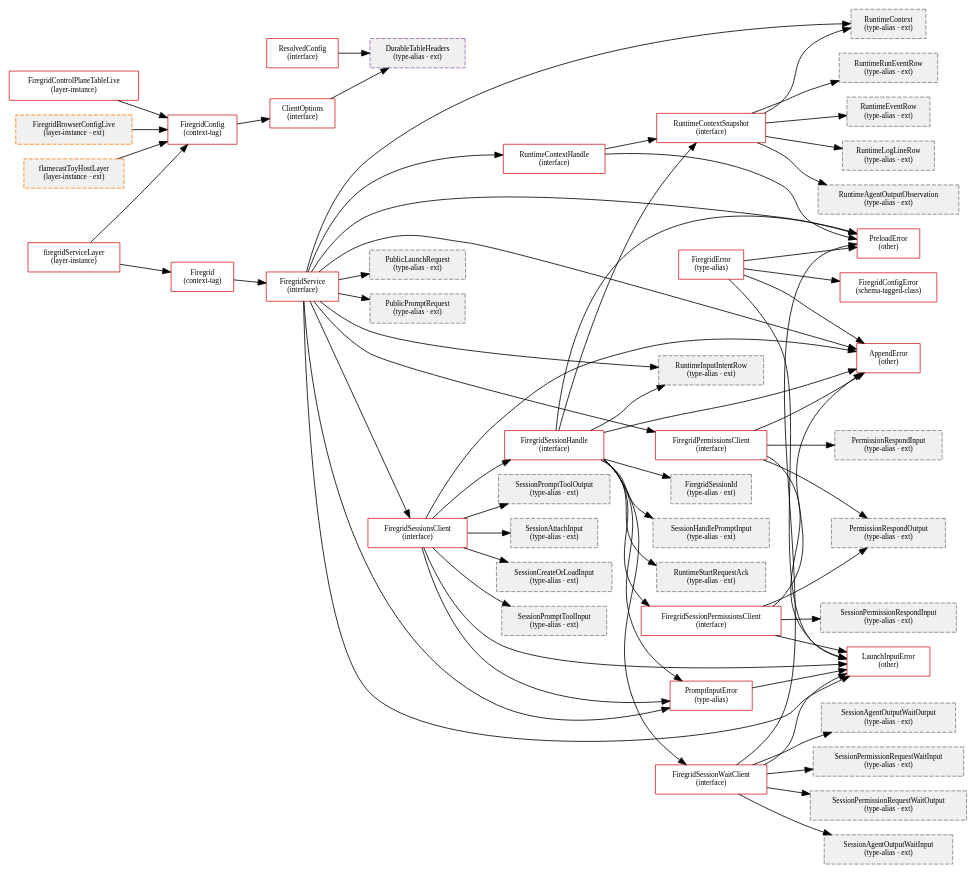
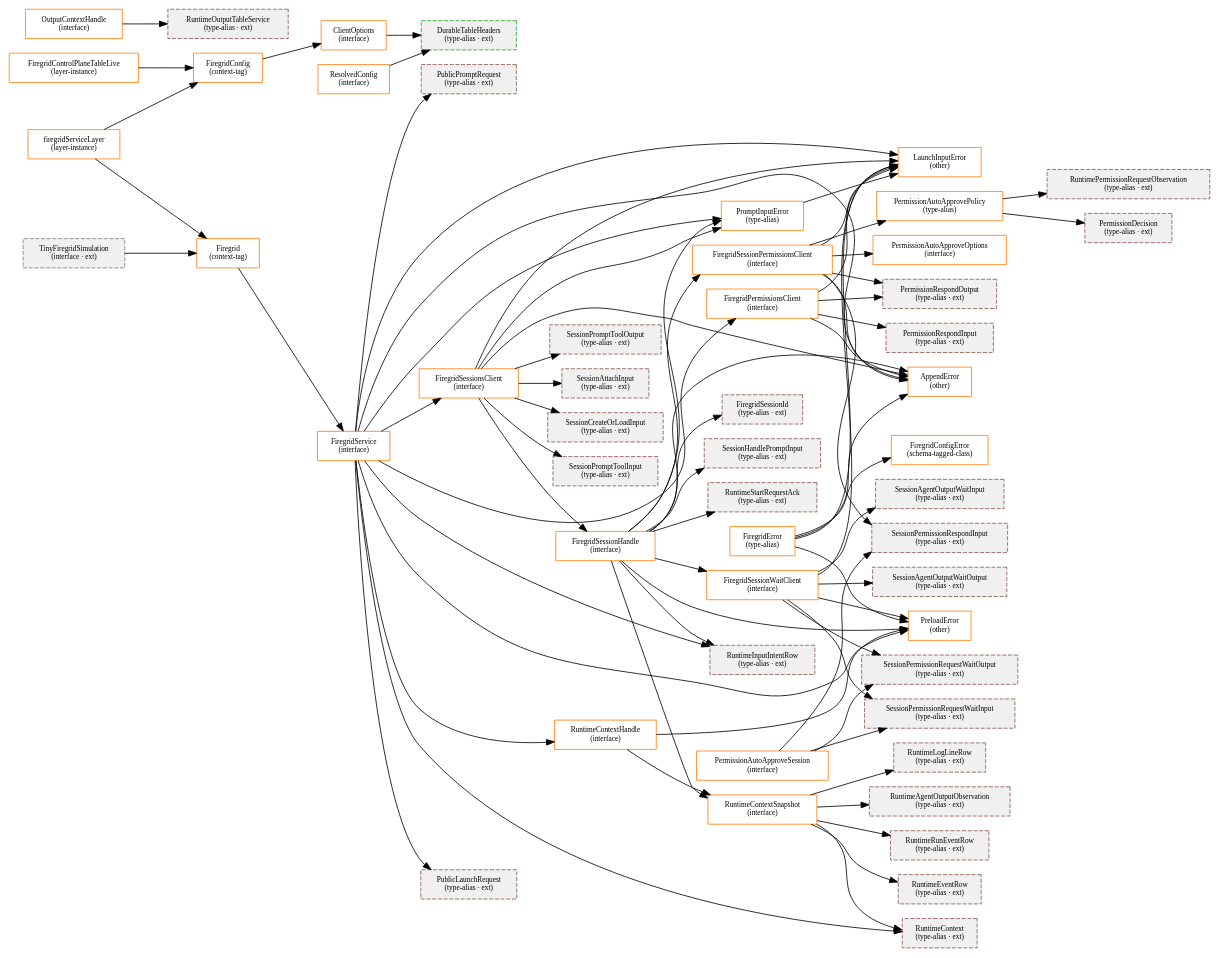
Before and after one commit to gurdasnijor/firegrid: the diagram in tooling/analysis/type-map/per-package/packages__client-sdk/types.dot, drawn with Graphviz. The commit also changed 121 other files, not shown here.

```diff
--- a/tooling/analysis/type-map/per-package/packages__client-sdk/types.dot
+++ b/tooling/analysis/type-map/per-package/packages__client-sdk/types.dot
@@ -1,50 +1,56 @@
 digraph pkg {
   rankdir=LR; node [shape=box,fontsize=9,style=filled];
-  "packages/client-sdk::ClientOptions" [fillcolor="#ffffff",style="filled",color="#d62728",label="ClientOptions\n(interface)"];
-  "packages/client-sdk::FiregridConfig" [fillcolor="#ffffff",style="filled",color="#d62728",label="FiregridConfig\n(context-tag)"];
-  "packages/client-sdk::PreloadError" [fillcolor="#ffffff",style="filled",color="#d62728",label="PreloadError\n(other)"];
-  "packages/client-sdk::AppendError" [fillcolor="#ffffff",style="filled",color="#d62728",label="AppendError\n(other)"];
-  "packages/client-sdk::LaunchInputError" [fillcolor="#ffffff",style="filled",color="#d62728",label="LaunchInputError\n(other)"];
-  "packages/client-sdk::FiregridConfigError" [fillcolor="#ffffff",style="filled",color="#d62728",label="FiregridConfigError\n(schema-tagged-class)"];
-  "packages/client-sdk::PromptInputError" [fillcolor="#ffffff",style="filled",color="#d62728",label="PromptInputError\n(type-alias)"];
-  "packages/client-sdk::FiregridError" [fillcolor="#ffffff",style="filled",color="#d62728",label="FiregridError\n(type-alias)"];
-  "packages/client-sdk::RuntimeContextSnapshot" [fillcolor="#ffffff",style="filled",color="#d62728",label="RuntimeContextSnapshot\n(interface)"];
-  "packages/client-sdk::RuntimeContextHandle" [fillcolor="#ffffff",style="filled",color="#d62728",label="RuntimeContextHandle\n(interface)"];
-  "packages/client-sdk::FiregridSessionWaitClient" [fillcolor="#ffffff",style="filled",color="#d62728",label="FiregridSessionWaitClient\n(interface)"];
-  "packages/client-sdk::FiregridSessionPermissionsClient" [fillcolor="#ffffff",style="filled",color="#d62728",label="FiregridSessionPermissionsClient\n(interface)"];
-  "packages/client-sdk::FiregridSessionHandle" [fillcolor="#ffffff",style="filled",color="#d62728",label="FiregridSessionHandle\n(interface)"];
-  "packages/client-sdk::FiregridSessionsClient" [fillcolor="#ffffff",style="filled",color="#d62728",label="FiregridSessionsClient\n(interface)"];
-  "packages/client-sdk::FiregridPermissionsClient" [fillcolor="#ffffff",style="filled",color="#d62728",label="FiregridPermissionsClient\n(interface)"];
-  "packages/client-sdk::FiregridService" [fillcolor="#ffffff",style="filled",color="#d62728",label="FiregridService\n(interface)"];
-  "packages/client-sdk::Firegrid" [fillcolor="#ffffff",style="filled",color="#d62728",label="Firegrid\n(context-tag)"];
-  "packages/client-sdk::ResolvedConfig" [fillcolor="#ffffff",style="filled",color="#d62728",label="ResolvedConfig\n(interface)"];
-  "packages/client-sdk::FiregridControlPlaneTableLive" [fillcolor="#ffffff",style="filled",color="#d62728",label="FiregridControlPlaneTableLive\n(layer-instance)"];
-  "packages/client-sdk::firegridServiceLayer" [fillcolor="#ffffff",style="filled",color="#d62728",label="firegridServiceLayer\n(layer-instance)"];
-  "packages/effect-durable-operators::DurableTableHeaders" [fillcolor="#f0f0f0",style="filled,dashed",color="#9467bd",label="DurableTableHeaders\n(type-alias · ext)"];
-  "packages/protocol::RuntimeContext" [fillcolor="#f0f0f0",style="filled,dashed",color="#7f7f7f",label="RuntimeContext\n(type-alias · ext)"];
-  "packages/protocol::RuntimeRunEventRow" [fillcolor="#f0f0f0",style="filled,dashed",color="#7f7f7f",label="RuntimeRunEventRow\n(type-alias · ext)"];
-  "packages/protocol::RuntimeEventRow" [fillcolor="#f0f0f0",style="filled,dashed",color="#7f7f7f",label="RuntimeEventRow\n(type-alias · ext)"];
-  "packages/protocol::RuntimeLogLineRow" [fillcolor="#f0f0f0",style="filled,dashed",color="#7f7f7f",label="RuntimeLogLineRow\n(type-alias · ext)"];
-  "packages/protocol::RuntimeAgentOutputObservation" [fillcolor="#f0f0f0",style="filled,dashed",color="#7f7f7f",label="RuntimeAgentOutputObservation\n(type-alias · ext)"];
-  "packages/protocol::SessionAgentOutputWaitInput" [fillcolor="#f0f0f0",style="filled,dashed",color="#7f7f7f",label="SessionAgentOutputWaitInput\n(type-alias · ext)"];
-  "packages/protocol::SessionAgentOutputWaitOutput" [fillcolor="#f0f0f0",style="filled,dashed",color="#7f7f7f",label="SessionAgentOutputWaitOutput\n(type-alias · ext)"];
-  "packages/protocol::SessionPermissionRequestWaitInput" [fillcolor="#f0f0f0",style="filled,dashed",color="#7f7f7f",label="SessionPermissionRequestWaitInput\n(type-alias · ext)"];
-  "packages/protocol::SessionPermissionRequestWaitOutput" [fillcolor="#f0f0f0",style="filled,dashed",color="#7f7f7f",label="SessionPermissionRequestWaitOutput\n(type-alias · ext)"];
-  "packages/protocol::SessionPermissionRespondInput" [fillcolor="#f0f0f0",style="filled,dashed",color="#7f7f7f",label="SessionPermissionRespondInput\n(type-alias · ext)"];
-  "packages/protocol::PermissionRespondOutput" [fillcolor="#f0f0f0",style="filled,dashed",color="#7f7f7f",label="PermissionRespondOutput\n(type-alias · ext)"];
-  "packages/protocol::FiregridSessionId" [fillcolor="#f0f0f0",style="filled,dashed",color="#7f7f7f",label="FiregridSessionId\n(type-alias · ext)"];
-  "packages/protocol::SessionHandlePromptInput" [fillcolor="#f0f0f0",style="filled,dashed",color="#7f7f7f",label="SessionHandlePromptInput\n(type-alias · ext)"];
-  "packages/protocol::RuntimeInputIntentRow" [fillcolor="#f0f0f0",style="filled,dashed",color="#7f7f7f",label="RuntimeInputIntentRow\n(type-alias · ext)"];
-  "packages/protocol::RuntimeStartRequestAck" [fillcolor="#f0f0f0",style="filled,dashed",color="#7f7f7f",label="RuntimeStartRequestAck\n(type-alias · ext)"];
-  "packages/protocol::SessionAttachInput" [fillcolor="#f0f0f0",style="filled,dashed",color="#7f7f7f",label="SessionAttachInput\n(type-alias · ext)"];
-  "packages/protocol::SessionCreateOrLoadInput" [fillcolor="#f0f0f0",style="filled,dashed",color="#7f7f7f",label="SessionCreateOrLoadInput\n(type-alias · ext)"];
-  "packages/protocol::SessionPromptToolInput" [fillcolor="#f0f0f0",style="filled,dashed",color="#7f7f7f",label="SessionPromptToolInput\n(type-alias · ext)"];
-  "packages/protocol::SessionPromptToolOutput" [fillcolor="#f0f0f0",style="filled,dashed",color="#7f7f7f",label="SessionPromptToolOutput\n(type-alias · ext)"];
-  "packages/protocol::PermissionRespondInput" [fillcolor="#f0f0f0",style="filled,dashed",color="#7f7f7f",label="PermissionRespondInput\n(type-alias · ext)"];
-  "packages/protocol::PublicLaunchRequest" [fillcolor="#f0f0f0",style="filled,dashed",color="#7f7f7f",label="PublicLaunchRequest\n(type-alias · ext)"];
-  "packages/protocol::PublicPromptRequest" [fillcolor="#f0f0f0",style="filled,dashed",color="#7f7f7f",label="PublicPromptRequest\n(type-alias · ext)"];
-  "apps/flamecast::FiregridBrowserConfigLive" [fillcolor="#f0f0f0",style="filled,dashed",color="#ff7f0e",label="FiregridBrowserConfigLive\n(layer-instance · ext)"];
-  "apps/flamecast::flamecastToyHostLayer" [fillcolor="#f0f0f0",style="filled,dashed",color="#ff7f0e",label="flamecastToyHostLayer\n(layer-instance · ext)"];
+  "packages/client-sdk::ClientOptions" [fillcolor="#ffffff",style="filled",color="#ff7f0e",label="ClientOptions\n(interface)"];
+  "packages/client-sdk::FiregridConfig" [fillcolor="#ffffff",style="filled",color="#ff7f0e",label="FiregridConfig\n(context-tag)"];
+  "packages/client-sdk::PreloadError" [fillcolor="#ffffff",style="filled",color="#ff7f0e",label="PreloadError\n(other)"];
+  "packages/client-sdk::AppendError" [fillcolor="#ffffff",style="filled",color="#ff7f0e",label="AppendError\n(other)"];
+  "packages/client-sdk::LaunchInputError" [fillcolor="#ffffff",style="filled",color="#ff7f0e",label="LaunchInputError\n(other)"];
+  "packages/client-sdk::FiregridConfigError" [fillcolor="#ffffff",style="filled",color="#ff7f0e",label="FiregridConfigError\n(schema-tagged-class)"];
+  "packages/client-sdk::PromptInputError" [fillcolor="#ffffff",style="filled",color="#ff7f0e",label="PromptInputError\n(type-alias)"];
+  "packages/client-sdk::FiregridError" [fillcolor="#ffffff",style="filled",color="#ff7f0e",label="FiregridError\n(type-alias)"];
+  "packages/client-sdk::RuntimeContextSnapshot" [fillcolor="#ffffff",style="filled",color="#ff7f0e",label="RuntimeContextSnapshot\n(interface)"];
+  "packages/client-sdk::RuntimeContextHandle" [fillcolor="#ffffff",style="filled",color="#ff7f0e",label="RuntimeContextHandle\n(interface)"];
+  "packages/client-sdk::FiregridSessionWaitClient" [fillcolor="#ffffff",style="filled",color="#ff7f0e",label="FiregridSessionWaitClient\n(interface)"];
+  "packages/client-sdk::FiregridSessionPermissionsClient" [fillcolor="#ffffff",style="filled",color="#ff7f0e",label="FiregridSessionPermissionsClient\n(interface)"];
+  "packages/client-sdk::FiregridSessionHandle" [fillcolor="#ffffff",style="filled",color="#ff7f0e",label="FiregridSessionHandle\n(interface)"];
+  "packages/client-sdk::FiregridSessionsClient" [fillcolor="#ffffff",style="filled",color="#ff7f0e",label="FiregridSessionsClient\n(interface)"];
+  "packages/client-sdk::FiregridPermissionsClient" [fillcolor="#ffffff",style="filled",color="#ff7f0e",label="FiregridPermissionsClient\n(interface)"];
+  "packages/client-sdk::FiregridService" [fillcolor="#ffffff",style="filled",color="#ff7f0e",label="FiregridService\n(interface)"];
+  "packages/client-sdk::Firegrid" [fillcolor="#ffffff",style="filled",color="#ff7f0e",label="Firegrid\n(context-tag)"];
+  "packages/client-sdk::ResolvedConfig" [fillcolor="#ffffff",style="filled",color="#ff7f0e",label="ResolvedConfig\n(interface)"];
+  "packages/client-sdk::OutputContextHandle" [fillcolor="#ffffff",style="filled",color="#ff7f0e",label="OutputContextHandle\n(interface)"];
+  "packages/client-sdk::FiregridControlPlaneTableLive" [fillcolor="#ffffff",style="filled",color="#ff7f0e",label="FiregridControlPlaneTableLive\n(layer-instance)"];
+  "packages/client-sdk::firegridServiceLayer" [fillcolor="#ffffff",style="filled",color="#ff7f0e",label="firegridServiceLayer\n(layer-instance)"];
+  "packages/client-sdk::PermissionAutoApprovePolicy" [fillcolor="#ffffff",style="filled",color="#ff7f0e",label="PermissionAutoApprovePolicy\n(type-alias)"];
+  "packages/client-sdk::PermissionAutoApproveOptions" [fillcolor="#ffffff",style="filled",color="#ff7f0e",label="PermissionAutoApproveOptions\n(interface)"];
+  "packages/client-sdk::PermissionAutoApproveSession" [fillcolor="#ffffff",style="filled",color="#ff7f0e",label="PermissionAutoApproveSession\n(interface)"];
+  "packages/effect-durable-operators::DurableTableHeaders" [fillcolor="#f0f0f0",style="filled,dashed",color="#2ca02c",label="DurableTableHeaders\n(type-alias · ext)"];
+  "packages/protocol::RuntimeContext" [fillcolor="#f0f0f0",style="filled,dashed",color="#8c564b",label="RuntimeContext\n(type-alias · ext)"];
+  "packages/protocol::RuntimeRunEventRow" [fillcolor="#f0f0f0",style="filled,dashed",color="#8c564b",label="RuntimeRunEventRow\n(type-alias · ext)"];
+  "packages/protocol::RuntimeEventRow" [fillcolor="#f0f0f0",style="filled,dashed",color="#8c564b",label="RuntimeEventRow\n(type-alias · ext)"];
+  "packages/protocol::RuntimeLogLineRow" [fillcolor="#f0f0f0",style="filled,dashed",color="#8c564b",label="RuntimeLogLineRow\n(type-alias · ext)"];
+  "packages/protocol::RuntimeAgentOutputObservation" [fillcolor="#f0f0f0",style="filled,dashed",color="#8c564b",label="RuntimeAgentOutputObservation\n(type-alias · ext)"];
+  "packages/protocol::SessionAgentOutputWaitInput" [fillcolor="#f0f0f0",style="filled,dashed",color="#8c564b",label="SessionAgentOutputWaitInput\n(type-alias · ext)"];
+  "packages/protocol::SessionAgentOutputWaitOutput" [fillcolor="#f0f0f0",style="filled,dashed",color="#8c564b",label="SessionAgentOutputWaitOutput\n(type-alias · ext)"];
+  "packages/protocol::SessionPermissionRequestWaitInput" [fillcolor="#f0f0f0",style="filled,dashed",color="#8c564b",label="SessionPermissionRequestWaitInput\n(type-alias · ext)"];
+  "packages/protocol::SessionPermissionRequestWaitOutput" [fillcolor="#f0f0f0",style="filled,dashed",color="#8c564b",label="SessionPermissionRequestWaitOutput\n(type-alias · ext)"];
+  "packages/protocol::SessionPermissionRespondInput" [fillcolor="#f0f0f0",style="filled,dashed",color="#8c564b",label="SessionPermissionRespondInput\n(type-alias · ext)"];
+  "packages/protocol::PermissionRespondOutput" [fillcolor="#f0f0f0",style="filled,dashed",color="#8c564b",label="PermissionRespondOutput\n(type-alias · ext)"];
+  "packages/protocol::FiregridSessionId" [fillcolor="#f0f0f0",style="filled,dashed",color="#8c564b",label="FiregridSessionId\n(type-alias · ext)"];
+  "packages/protocol::SessionHandlePromptInput" [fillcolor="#f0f0f0",style="filled,dashed",color="#8c564b",label="SessionHandlePromptInput\n(type-alias · ext)"];
+  "packages/protocol::RuntimeInputIntentRow" [fillcolor="#f0f0f0",style="filled,dashed",color="#8c564b",label="RuntimeInputIntentRow\n(type-alias · ext)"];
+  "packages/protocol::RuntimeStartRequestAck" [fillcolor="#f0f0f0",style="filled,dashed",color="#8c564b",label="RuntimeStartRequestAck\n(type-alias · ext)"];
+  "packages/protocol::SessionAttachInput" [fillcolor="#f0f0f0",style="filled,dashed",color="#8c564b",label="SessionAttachInput\n(type-alias · ext)"];
+  "packages/protocol::SessionCreateOrLoadInput" [fillcolor="#f0f0f0",style="filled,dashed",color="#8c564b",label="SessionCreateOrLoadInput\n(type-alias · ext)"];
+  "packages/protocol::SessionPromptToolInput" [fillcolor="#f0f0f0",style="filled,dashed",color="#8c564b",label="SessionPromptToolInput\n(type-alias · ext)"];
+  "packages/protocol::SessionPromptToolOutput" [fillcolor="#f0f0f0",style="filled,dashed",color="#8c564b",label="SessionPromptToolOutput\n(type-alias · ext)"];
+  "packages/protocol::PermissionRespondInput" [fillcolor="#f0f0f0",style="filled,dashed",color="#8c564b",label="PermissionRespondInput\n(type-alias · ext)"];
+  "packages/protocol::PublicLaunchRequest" [fillcolor="#f0f0f0",style="filled,dashed",color="#8c564b",label="PublicLaunchRequest\n(type-alias · ext)"];
+  "packages/protocol::PublicPromptRequest" [fillcolor="#f0f0f0",style="filled,dashed",color="#8c564b",label="PublicPromptRequest\n(type-alias · ext)"];
+  "packages/protocol::RuntimeOutputTableService" [fillcolor="#f0f0f0",style="filled,dashed",color="#8c564b",label="RuntimeOutputTableService\n(type-alias · ext)"];
+  "packages/protocol::RuntimePermissionRequestObservation" [fillcolor="#f0f0f0",style="filled,dashed",color="#8c564b",label="RuntimePermissionRequestObservation\n(type-alias · ext)"];
+  "packages/protocol::PermissionDecision" [fillcolor="#f0f0f0",style="filled,dashed",color="#8c564b",label="PermissionDecision\n(type-alias · ext)"];
+  "packages/tiny-firegrid::TinyFiregridSimulation" [fillcolor="#f0f0f0",style="filled,dashed",color="#7f7f7f",label="TinyFiregridSimulation\n(interface · ext)"];
   "packages/client-sdk::ClientOptions" -> "packages/effect-durable-operators::DurableTableHeaders";
   "packages/client-sdk::RuntimeContextSnapshot" -> "packages/protocol::RuntimeContext";
   "packages/client-sdk::RuntimeContextSnapshot" -> "packages/protocol::RuntimeRunEventRow";
@@ -63,14 +69,16 @@
   "packages/client-sdk::FiregridSessionPermissionsClient" -> "packages/protocol::PermissionRespondOutput";
   "packages/client-sdk::FiregridSessionPermissionsClient" -> "packages/client-sdk::LaunchInputError";
   "packages/client-sdk::FiregridSessionPermissionsClient" -> "packages/client-sdk::AppendError";
+  "packages/client-sdk::FiregridSessionPermissionsClient" -> "packages/client-sdk::PermissionAutoApprovePolicy";
+  "packages/client-sdk::FiregridSessionPermissionsClient" -> "packages/client-sdk::PermissionAutoApproveOptions";
   "packages/client-sdk::FiregridSessionHandle" -> "packages/protocol::FiregridSessionId";
+  "packages/client-sdk::FiregridSessionHandle" -> "packages/client-sdk::PreloadError";
   "packages/client-sdk::FiregridSessionHandle" -> "packages/protocol::SessionHandlePromptInput";
   "packages/client-sdk::FiregridSessionHandle" -> "packages/protocol::RuntimeInputIntentRow";
   "packages/client-sdk::FiregridSessionHandle" -> "packages/client-sdk::PromptInputError";
   "packages/client-sdk::FiregridSessionHandle" -> "packages/client-sdk::AppendError";
   "packages/client-sdk::FiregridSessionHandle" -> "packages/protocol::RuntimeStartRequestAck";
   "packages/client-sdk::FiregridSessionHandle" -> "packages/client-sdk::RuntimeContextSnapshot";
-  "packages/client-sdk::FiregridSessionHandle" -> "packages/client-sdk::PreloadError";
   "packages/client-sdk::FiregridSessionHandle" -> "packages/client-sdk::FiregridSessionWaitClient";
   "packages/client-sdk::FiregridSessionHandle" -> "packages/client-sdk::FiregridSessionPermissionsClient";
   "packages/client-sdk::FiregridSessionsClient" -> "packages/protocol::SessionAttachInput";
@@ -97,6 +105,7 @@
   "packages/client-sdk::FiregridService" -> "packages/protocol::RuntimeContext";
   "packages/client-sdk::FiregridService" -> "packages/client-sdk::PreloadError";
   "packages/client-sdk::ResolvedConfig" -> "packages/effect-durable-operators::DurableTableHeaders";
+  "packages/client-sdk::OutputContextHandle" -> "packages/protocol::RuntimeOutputTableService";
   "packages/client-sdk::PromptInputError" -> "packages/client-sdk::LaunchInputError";
   "packages/client-sdk::FiregridError" -> "packages/client-sdk::PreloadError";
   "packages/client-sdk::FiregridError" -> "packages/client-sdk::LaunchInputError";
@@ -107,6 +116,10 @@
   "packages/client-sdk::FiregridControlPlaneTableLive" -> "packages/client-sdk::FiregridConfig";
   "packages/client-sdk::firegridServiceLayer" -> "packages/client-sdk::Firegrid";
   "packages/client-sdk::firegridServiceLayer" -> "packages/client-sdk::FiregridConfig";
-  "apps/flamecast::FiregridBrowserConfigLive" -> "packages/client-sdk::FiregridConfig";
-  "apps/flamecast::flamecastToyHostLayer" -> "packages/client-sdk::FiregridConfig";
+  "packages/client-sdk::PermissionAutoApproveSession" -> "packages/protocol::SessionPermissionRequestWaitInput";
+  "packages/client-sdk::PermissionAutoApproveSession" -> "packages/protocol::SessionPermissionRequestWaitOutput";
+  "packages/client-sdk::PermissionAutoApproveSession" -> "packages/protocol::SessionPermissionRespondInput";
+  "packages/client-sdk::PermissionAutoApprovePolicy" -> "packages/protocol::RuntimePermissionRequestObservation";
+  "packages/client-sdk::PermissionAutoApprovePolicy" -> "packages/protocol::PermissionDecision";
+  "packages/tiny-firegrid::TinyFiregridSimulation" -> "packages/client-sdk::Firegrid";
 }
```
